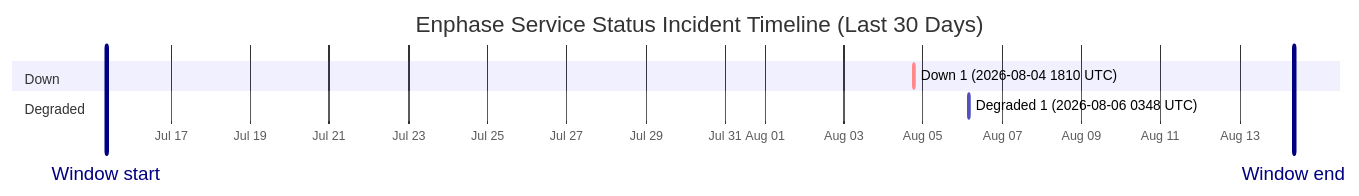
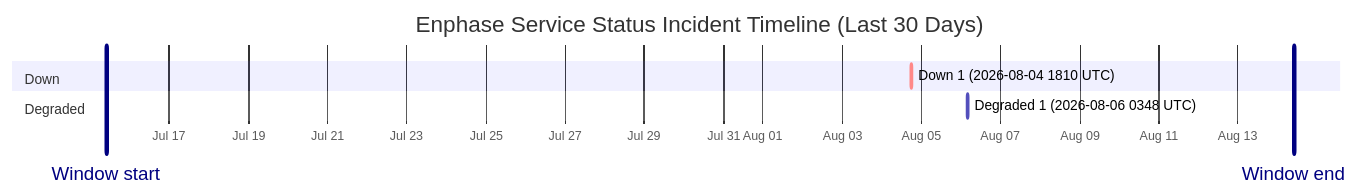
One commit to barneyonline/ha-enphase-energy changed the diagram in wiki/Service-Status-History.md. Above: the diagram before and after it, drawn with Mermaid. The commit also changed other lines of this file and 3 other files, not shown here.

````diff
--- a/wiki/Service-Status-History.md
+++ b/wiki/Service-Status-History.md
@@ -14,12 +14,12 @@
 ```mermaid
 gantt
     title Enphase Service Status Incident Timeline (Last 30 Days)
     dateFormat  YYYY-MM-DDTHH:mm:ss
     axisFormat  %b %d
-    Window start :vert, window-start, 2026-07-15T08:44:06, 0ms
-    Window end :vert, window-end, 2026-08-14T08:44:06, 0ms
+    Window start :vert, window-start, 2026-07-15T09:58:37, 0ms
+    Window end :vert, window-end, 2026-08-14T09:58:37, 0ms
     section Down
     Down 1 (2026-08-04 1810 UTC) :crit, down-1, 2026-08-04T18:10:46, 60m
     section Degraded
     Degraded 1 (2026-08-06 0348 UTC) :active, degraded-1, 2026-08-06T03:48:14, 60m
 ```
````
